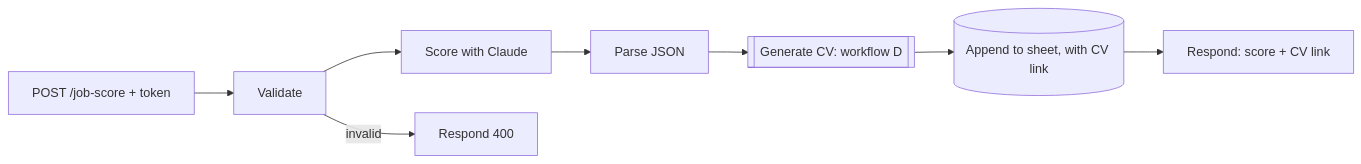
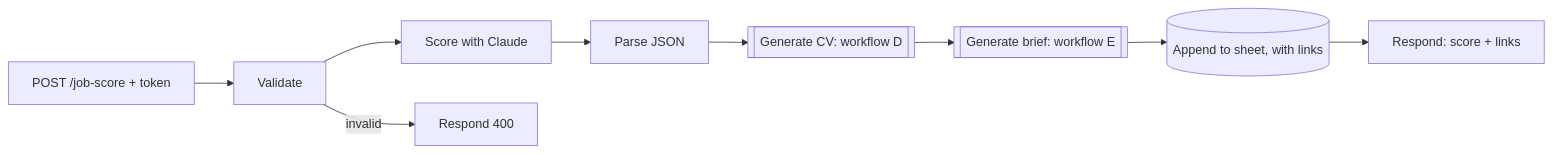
One commit to WilliamHepton/ai-job-search-assistant changed the third of 6 diagrams in docs/architecture.md. Above: the diagram before and after it, drawn with Mermaid. The commit also changed other lines of this file and 6 other files, not shown here.

````diff
--- a/docs/architecture.md
+++ b/docs/architecture.md
@@ -36,6 +40,6 @@
 ```mermaid
 flowchart LR
     W[POST /job-score + token] --> V[Validate] --> C[Score with Claude] --> P[Parse JSON]
-    P --> GEN[[Generate CV: workflow D]] --> GS[(Append to sheet, with CV link)] --> R[Respond: score + CV link]
+    P --> GEN[[Generate CV: workflow D]] --> BR[[Generate brief: workflow E]] --> GS[(Append to sheet, with links)] --> R[Respond: score + links]
     V -- invalid --> R4[Respond 400]
 ```
````
